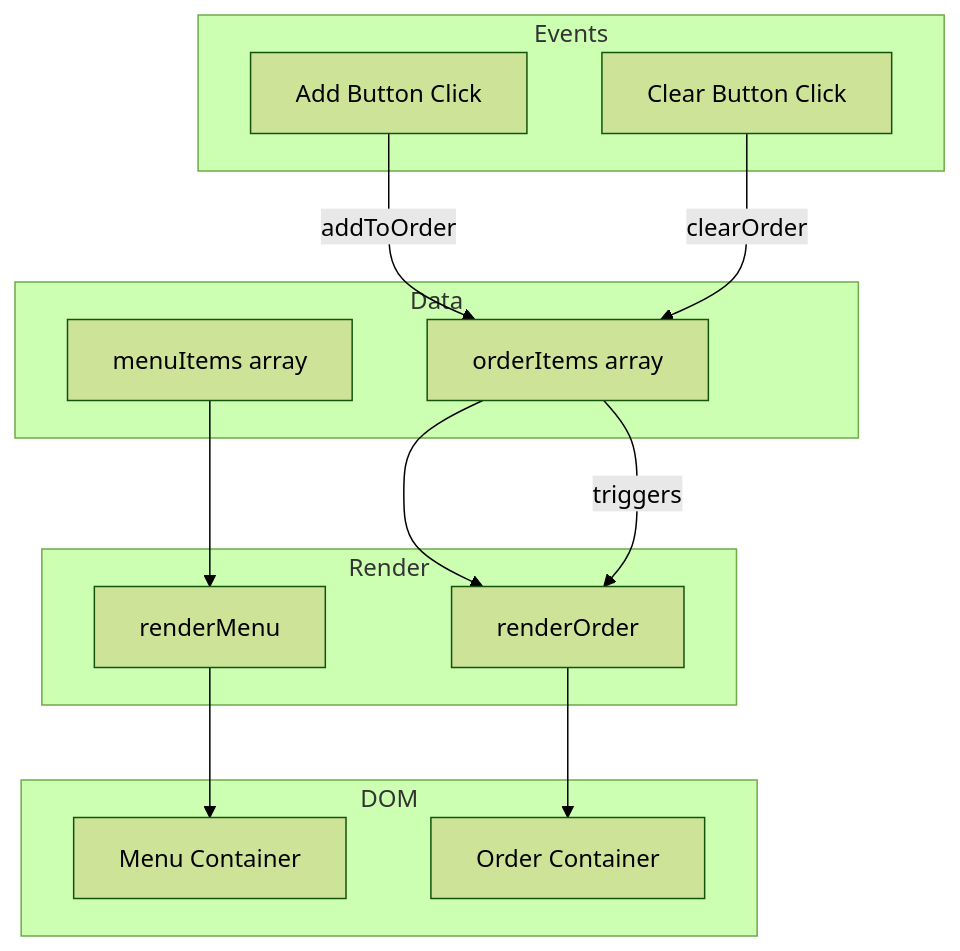
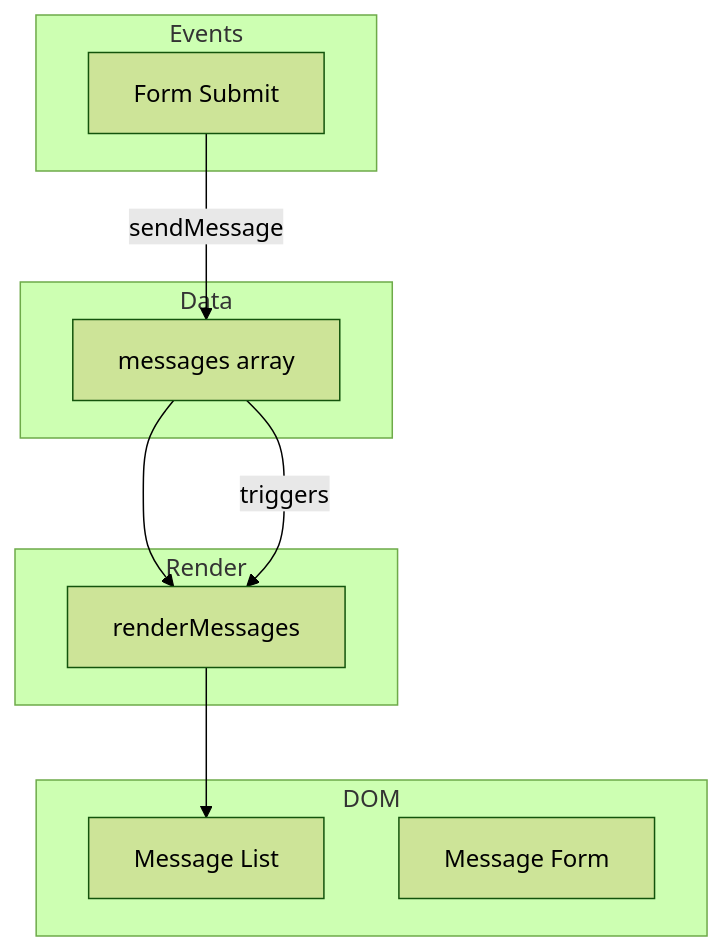
One commit to Episk-pos/DevFoundry changed the second of 2 diagrams in website/docs/curriculum/part-3-building-applications/static-website.md. Above: the diagram before and after it, drawn with Mermaid (forest theme). The commit also changed other lines of this file and 153 other files, not shown here.

````diff
--- a/website/docs/curriculum/part-3-building-applications/static-website.md
+++ b/website/docs/curriculum/part-3-building-applications/static-website.md
@@ -543,29 +534,24 @@
 ```mermaid
 flowchart TD
     subgraph Data
-        MI[menuItems array]
-        OI[orderItems array]
+        MS[messages array]
     end
 
     subgraph Render
-        RM[renderMenu]
-        RO[renderOrder]
+        RM[renderMessages]
     end
 
     subgraph DOM
-        MC[Menu Container]
-        OC[Order Container]
+        ML[Message List]
+        MF[Message Form]
     end
 
     subgraph Events
-        AB[Add Button Click]
-        CB[Clear Button Click]
+        FS[Form Submit]
     end
 
-    MI --> RM --> MC
-    OI --> RO --> OC
+    MS --> RM --> ML
 
-    AB --> |addToOrder| OI
-    CB --> |clearOrder| OI
-    OI --> |triggers| RO
+    FS --> |sendMessage| MS
+    MS --> |triggers| RM
 ```
````
